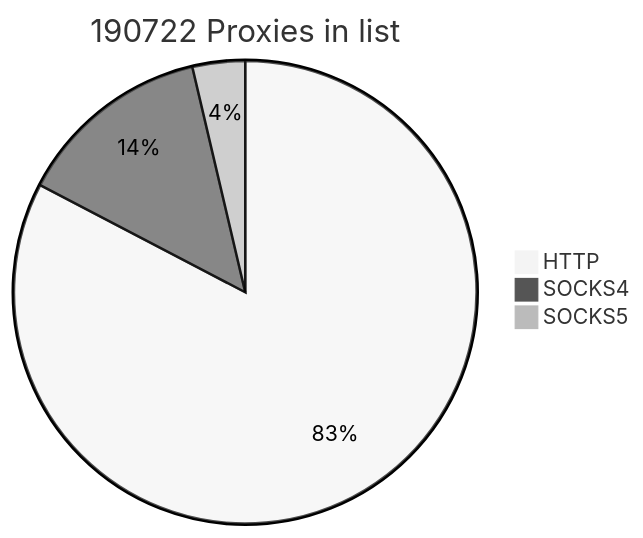
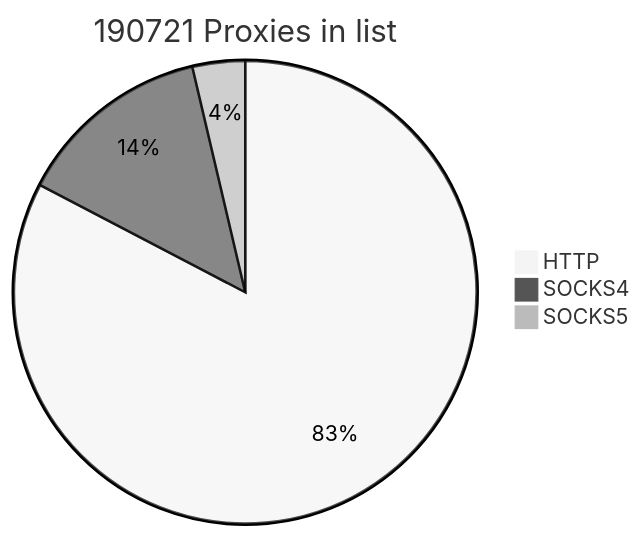
The first of 2 diagrams in README.md (cutipu/proxylist), drawn with Mermaid (neutral theme) before and after one commit. The commit also changed other lines of this file, not shown here.

````diff
--- a/README.md
+++ b/README.md
@@ -2,7 +2,7 @@
 ```mermaid
-pie title 190722 Proxies in list
+pie title 190721 Proxies in list
     "HTTP" : 157656
-    "SOCKS4" : 26061
+    "SOCKS4" : 26060
     "SOCKS5" : 7005
             
 ```
````
